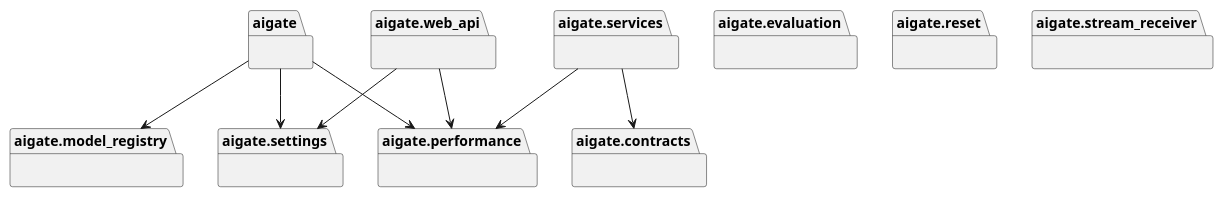
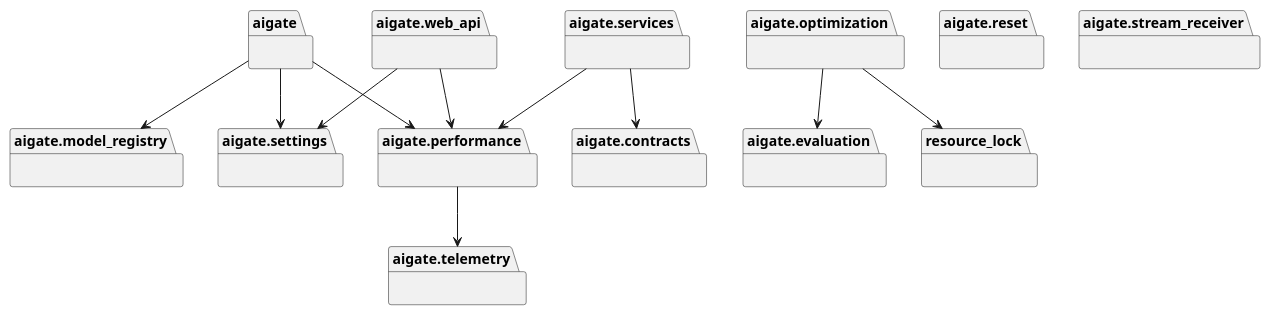
The diagram in docs/generated/services/packages_GateServices.puml (UeEmon/AI-Gate-System-), drawn with PlantUML before and after one commit. The commit also changed 4 other files, not shown here.

Commit message:
docs: update UML from main code

```diff
--- a/docs/generated/services/packages_GateServices.puml
+++ b/docs/generated/services/packages_GateServices.puml
@@ -1,30 +1,39 @@
 @startuml packages_GateServices
 set namespaceSeparator none
 package "aigate" as aigate {
 }
 package "aigate.contracts" as aigate.contracts {
 }
 package "aigate.evaluation" as aigate.evaluation {
 }
 package "aigate.model_registry" as aigate.model_registry {
+}
+package "aigate.optimization" as aigate.optimization {
 }
 package "aigate.performance" as aigate.performance {
 }
 package "aigate.reset" as aigate.reset {
 }
 package "aigate.services" as aigate.services {
 }
 package "aigate.settings" as aigate.settings {
 }
 package "aigate.stream_receiver" as aigate.stream_receiver {
 }
+package "aigate.telemetry" as aigate.telemetry {
+}
 package "aigate.web_api" as aigate.web_api {
+}
+package "resource_lock" as resource_lock {
 }
 aigate --> aigate.model_registry
 aigate --> aigate.performance
 aigate --> aigate.settings
+aigate.optimization --> aigate.evaluation
+aigate.optimization --> resource_lock
+aigate.performance --> aigate.telemetry
 aigate.services --> aigate.contracts
 aigate.services --> aigate.performance
 aigate.web_api --> aigate.performance
 aigate.web_api --> aigate.settings
 @enduml
```
